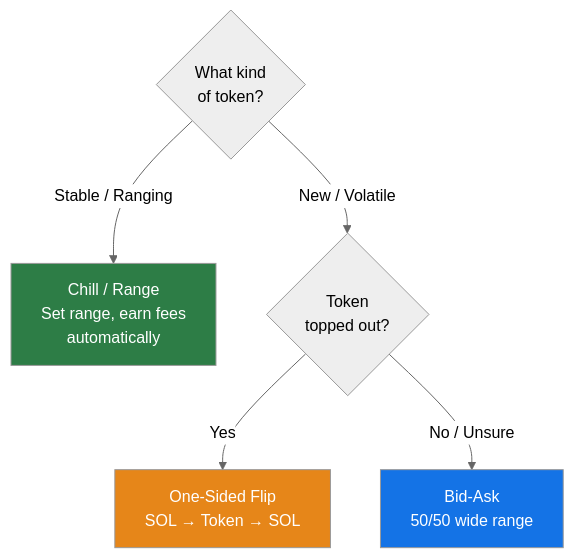
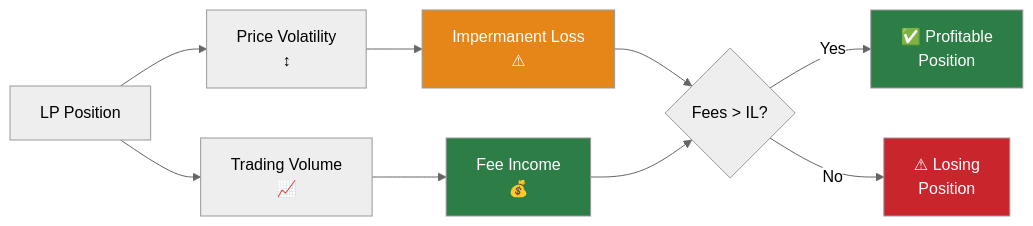
One commit to dante4rt/meteora-dlmm-recap changed the fourth of 5 diagrams in notes/day-1.md. Above: the diagram before and after it, drawn with Mermaid (neutral theme). The commit also changed other lines of this file and 5 other files, not shown here.

````diff
--- a/notes/day-1.md
+++ b/notes/day-1.md
@@ -118,11 +126,19 @@
 ```mermaid
-flowchart TD
-    A{"What kind<br>of token?"} -->|Stable / Ranging| B["Chill / Range<br>Set range, earn fees<br>automatically"]
-    A -->|New / Volatile| C{"Token<br>topped out?"}
-    C -->|Yes| D["One-Sided Flip<br>SOL → Token → SOL"]
-    C -->|No / Unsure| E["Bid-Ask<br>50/50 wide range"]
-
-    style B fill:#2d7d46,color:#fff
-    style D fill:#e68619,color:#fff
-    style E fill:#1473e6,color:#fff
+flowchart LR
+    A["LP Position"] --> B["Price Volatility<br>↕"]
+    B --> C["Impermanent Loss<br>⚠"]
+    
+    A --> D["Trading Volume<br>📈"]
+    D --> E["Fee Income<br>💰"]
+    
+    C --> F{"Fees > IL?"}
+    E --> F
+    
+    F -->|Yes| G["✅ Profitable<br>Position"]
+    F -->|No| H["⚠ Losing<br>Position"]
+    
+    style G fill:#2d7d46,color:#fff
+    style H fill:#c9252d,color:#fff
+    style E fill:#2d7d46,color:#fff
+    style C fill:#e68619,color:#fff
 ```
````
